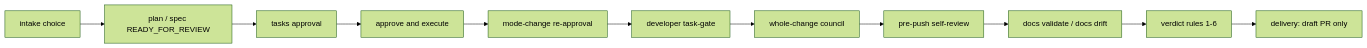
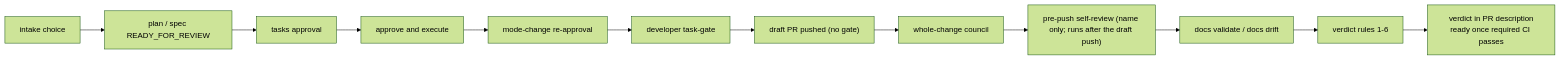
The diagram in docs/reference/autonomous-gates.md (dpalfery/kyber-weave), drawn with Mermaid (forest theme) before and after one commit. The commit also changed other lines of this file and 27 other files, not shown here.

First line of the commit message:
feat(squad): opt-in operator channel and push-first draft delivery (#453)

````diff
--- a/docs/reference/autonomous-gates.md
+++ b/docs/reference/autonomous-gates.md
@@ -60,13 +61,14 @@
 ```mermaid
 flowchart LR
     Intake["intake choice"] --> PlanSpec["plan / spec READY_FOR_REVIEW"]
     PlanSpec --> Tasks["tasks approval"]
     Tasks --> Exec["approve and execute"]
     Exec --> Mode["mode-change re-approval"]
     Mode --> TG["developer task-gate"]
-    TG --> Council["whole-change council"]
-    Council --> PrePush["pre-push self-review"]
+    TG --> Draft["draft PR pushed (no gate)"]
+    Draft --> Council["whole-change council"]
+    Council --> PrePush["pre-push self-review (name only; runs after the draft push)"]
     PrePush --> Val["docs validate / docs drift"]
     Val --> Verdict["verdict rules 1-6"]
-    Verdict --> Delivery["delivery: draft PR only"]
+    Verdict --> Delivery["verdict in PR description<br/>ready once required CI passes"]
 ```
````
